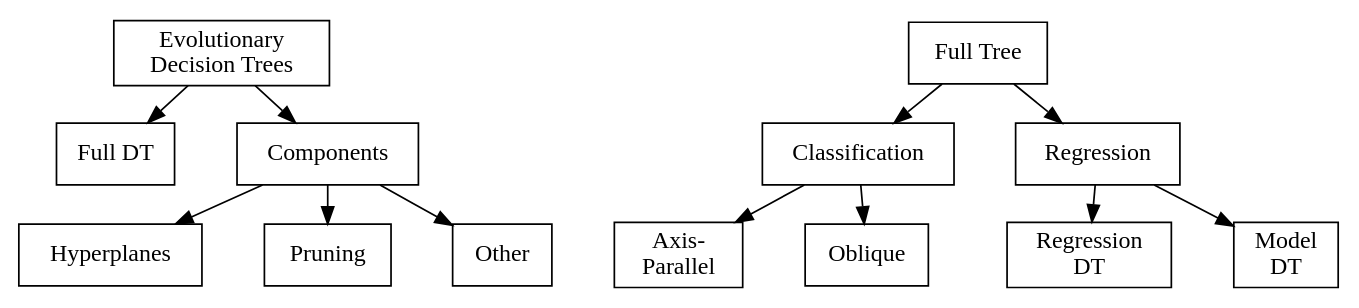
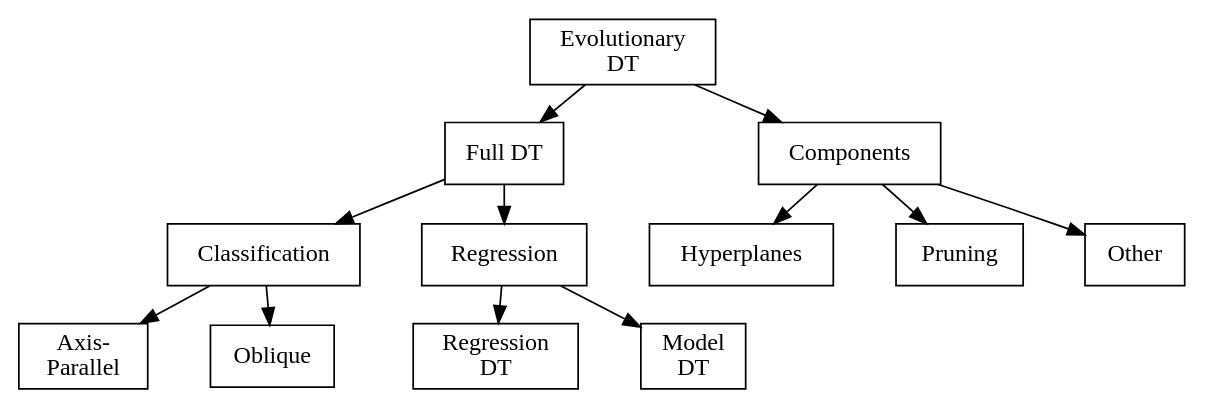
One commit to bogdanvuk/rst changed the diagram in examples/paper/source/index.rst. Above: the diagram before and after it, drawn with Graphviz. The commit also changed other lines of this file and 8 other files, not shown here.

```diff
--- a/examples/paper/source/index.rst
+++ b/examples/paper/source/index.rst
@@ -44,21 +44,21 @@
 .. graphviz::
     :caption: Taxonomy of evolutionary algorithms for DT induction.
     
     digraph foo {
         node [ shape=box ]
         nodesep=0.5
         margin = 0.3
         ranksep = "0.3 equally"
         fontsize = 10
-        "Evolutionary\n Decision Trees" -> "Full DT"
-        "Evolutionary\n Decision Trees" -> "Components"
-        "Full Tree" -> "Classification"
-        "Full Tree" -> "Regression"
+        "Evolutionary\n DT" -> "Full DT"
+        "Evolutionary\n DT" -> "Components"
+        "Full DT" -> "Classification"
+        "Full DT" -> "Regression"
         "Classification" -> "Axis-\n Parallel"
         "Classification" -> "Oblique"
         "Regression" -> "Regression\n DT"
         "Regression" -> "Model\n DT"
         "Components" -> "Hyperplanes"
         "Components" -> "Pruning"
         "Components" -> "Other"
     }
```
